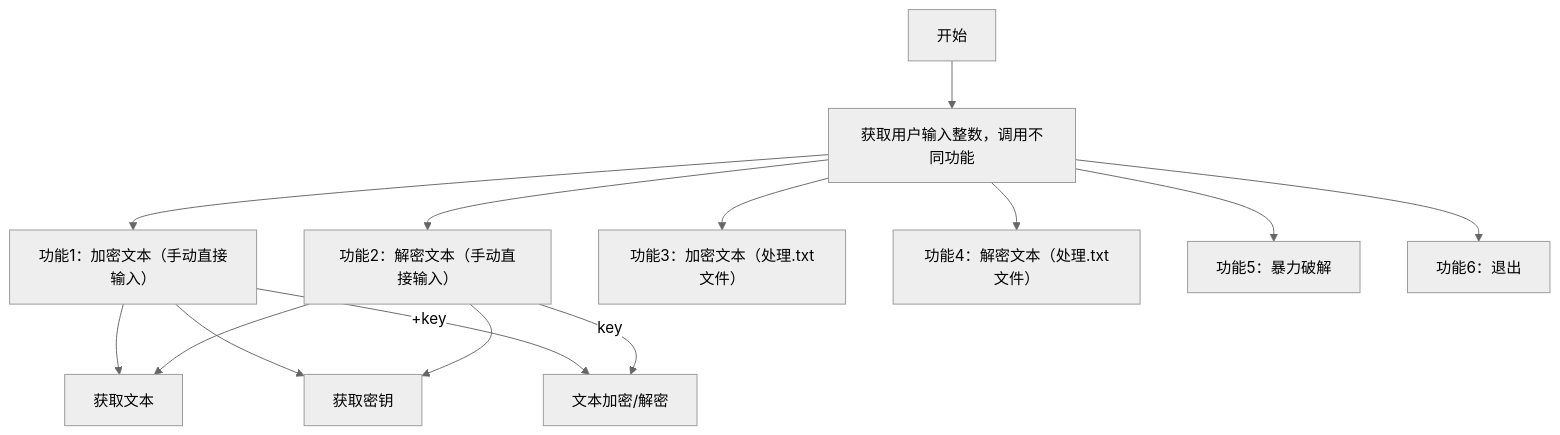
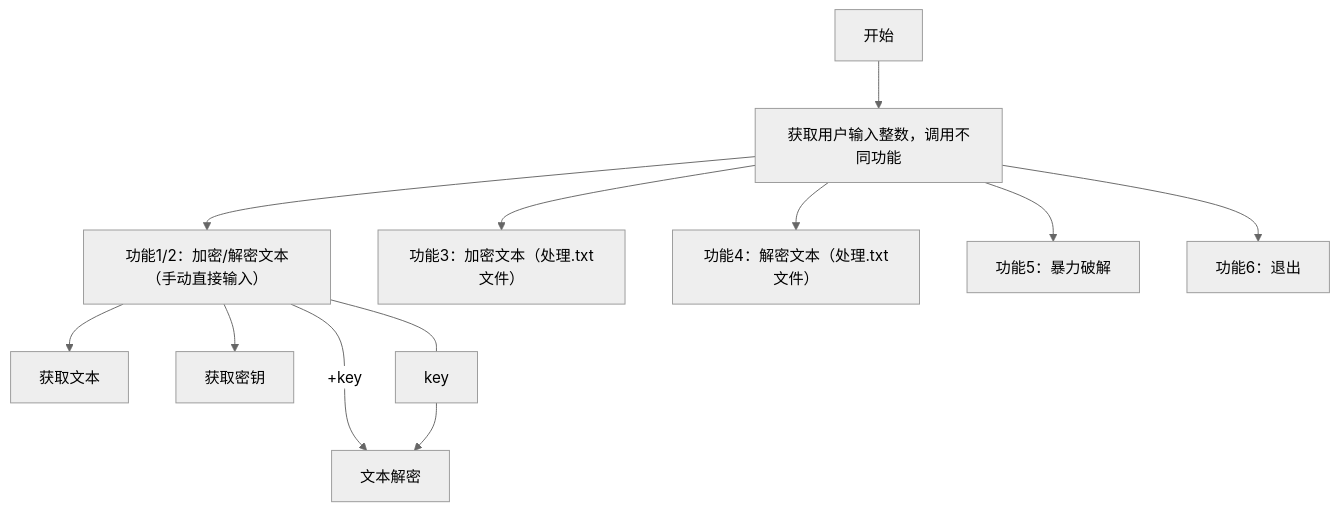
Before and after one commit to Python-Programming-2026/project1-caesar-cipher-super-awesome-team: the diagram in README.md, drawn with Mermaid (neutral theme).

````diff
--- a/README.md
+++ b/README.md
@@ -49,19 +49,15 @@
 ```mermaid
 flowchart TD
   A[开始] --> B[获取用户输入整数，调用不同功能]
-  B --> C[功能1：加密文本（手动直接输入）]
-  B --> D[功能2：解密文本（手动直接输入）]
+  B --> C[功能1/2：加密/解密文本（手动直接输入）]
   B --> E[功能3：加密文本（处理.txt文件）]
   B --> F[功能4：解密文本（处理.txt文件）]
   B --> G[功能5：暴力破解]
   B --> H[功能6：退出]
 
   C --> I[获取文本]
   C --> J[获取密钥]
-  C --+key--> K[文本加密/解密]
-
-  D --> I[获取文本]
-  D --> J[获取密钥]
-  D --key--> K[文本加密/解密]
+  C --+key--> K[文本加密]
+  C ---key--> K[文本解密]
   
   ```
````
